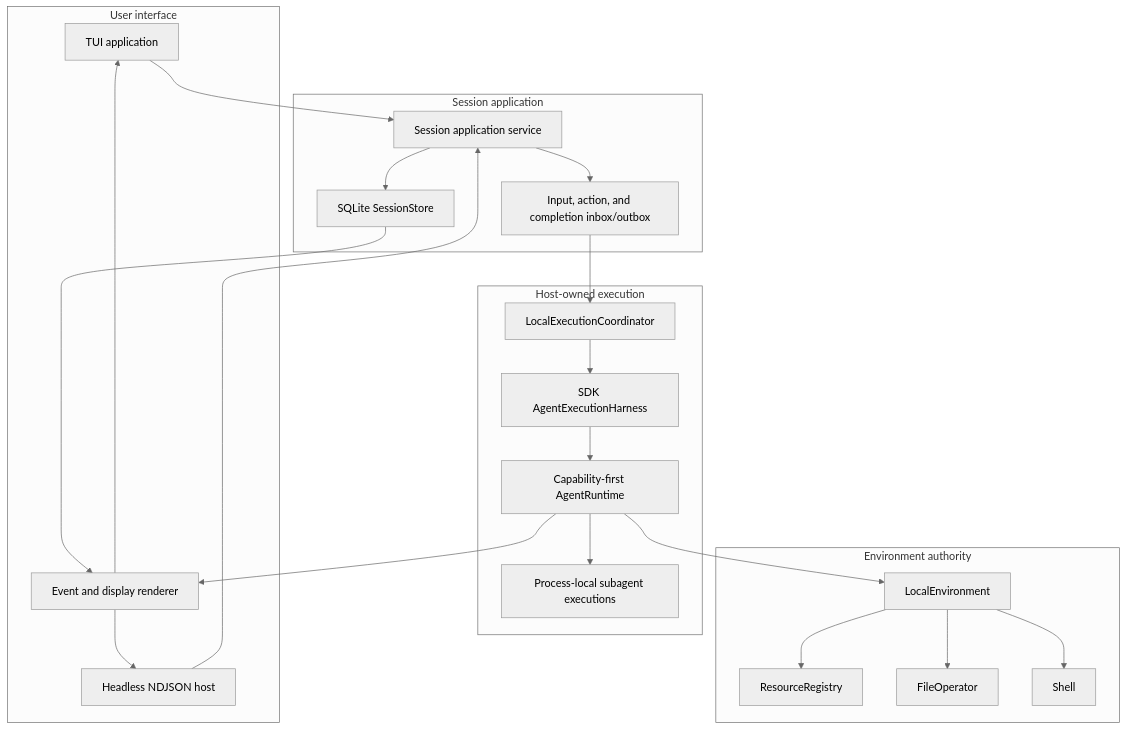
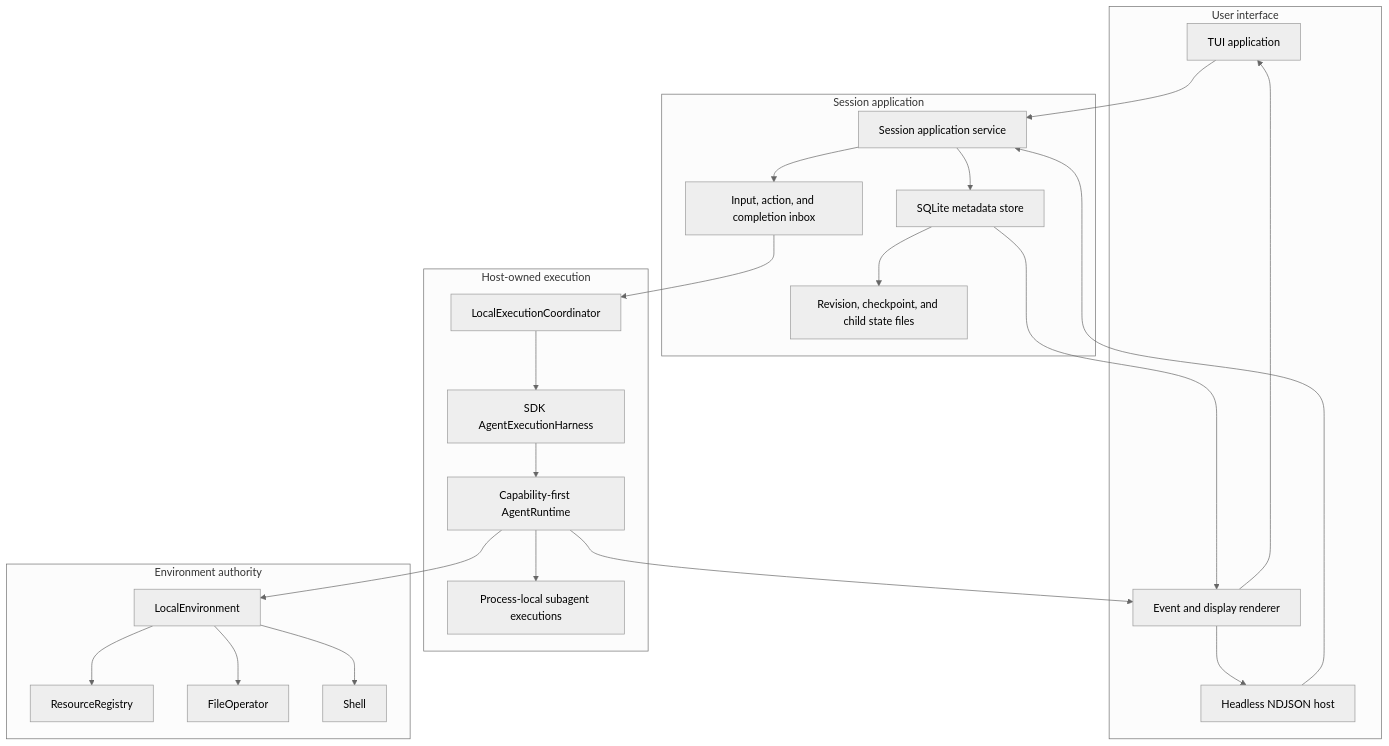
The diagram in packages/yaacli/spec/00-overview.md (Wh1isper/ya-agent-sdk), drawn with Mermaid (neutral theme) before and after one commit. The commit also changed other lines of this file and 20 other files, not shown here.

First line of the commit message:
feat(yaacli): store durable payloads in session files (#402)

````diff
--- a/packages/yaacli/spec/00-overview.md
+++ b/packages/yaacli/spec/00-overview.md
@@ -22,45 +22,47 @@
 ```mermaid
 flowchart TB
     subgraph UI[User interface]
         TUI[TUI application]
         Headless[Headless NDJSON host]
         Render[Event and display renderer]
     end
 
     subgraph Product[Session application]
         Service[Session application service]
-        Store[SQLite SessionStore]
-        Inbox[Input, action, and completion inbox/outbox]
+        Store[SQLite metadata store]
+        StateFiles[Revision, checkpoint, and child state files]
+        Inbox[Input, action, and completion inbox]
     end
 
     subgraph Execution[Host-owned execution]
         Coordinator[LocalExecutionCoordinator]
         Harness[SDK AgentExecutionHarness]
         Runtime[Capability-first AgentRuntime]
         Children[Process-local subagent executions]
     end
 
     subgraph Environment[Environment authority]
         LocalEnv[LocalEnvironment]
         Resources[ResourceRegistry]
         FileOperator[FileOperator]
         Shell[Shell]
     end
 
     TUI --> Service
     Headless --> Service
     Service --> Store
+    Store --> StateFiles
     Service --> Inbox
     Inbox --> Coordinator
     Coordinator --> Harness
     Harness --> Runtime
     Runtime --> Children
     Runtime --> LocalEnv
     LocalEnv --> Resources
     LocalEnv --> FileOperator
     LocalEnv --> Shell
     Store --> Render
     Runtime --> Render
     Render --> TUI
     Render --> Headless
 ```
````
